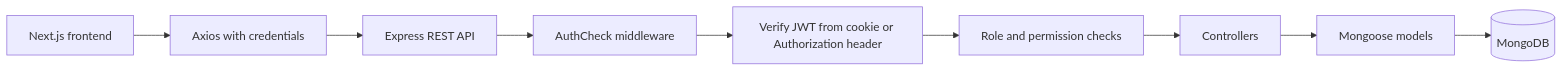
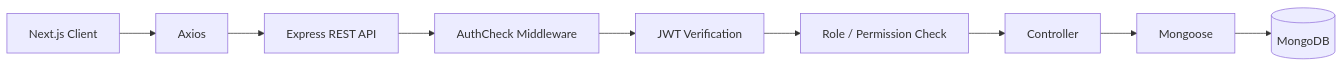
The first of 2 diagrams in README.md (Alipta001/role-based-access), drawn with Mermaid before and after one commit. The commit also changed other lines of this file, not shown here.

````diff
--- a/README.md
+++ b/README.md
@@ -47,11 +155,11 @@
 ```mermaid
 flowchart LR
-    UI[Next.js frontend] --> AX[Axios with credentials]
-    AX --> API[Express REST API]
-    API --> AUTH[AuthCheck middleware]
-    AUTH --> JWT[Verify JWT from cookie or Authorization header]
-    JWT --> ROLE[Role and permission checks]
-    ROLE --> CTRL[Controllers]
-    CTRL --> MODEL[Mongoose models]
-    MODEL --> DB[(MongoDB)]
+    A[Next.js Client] --> B[Axios]
+    B --> C[Express REST API]
+    C --> D[AuthCheck Middleware]
+    D --> E[JWT Verification]
+    E --> F[Role / Permission Check]
+    F --> G[Controller]
+    G --> H[Mongoose]
+    H --> I[(MongoDB)]
 ```
````
